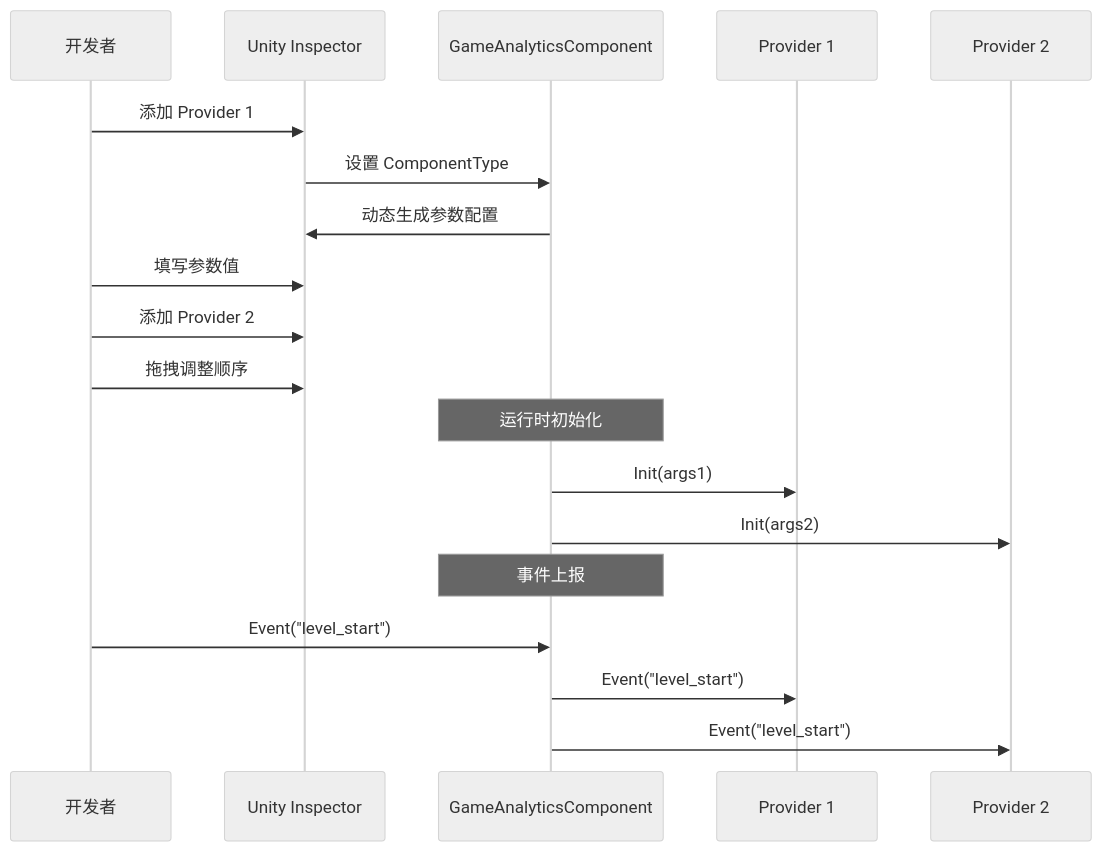
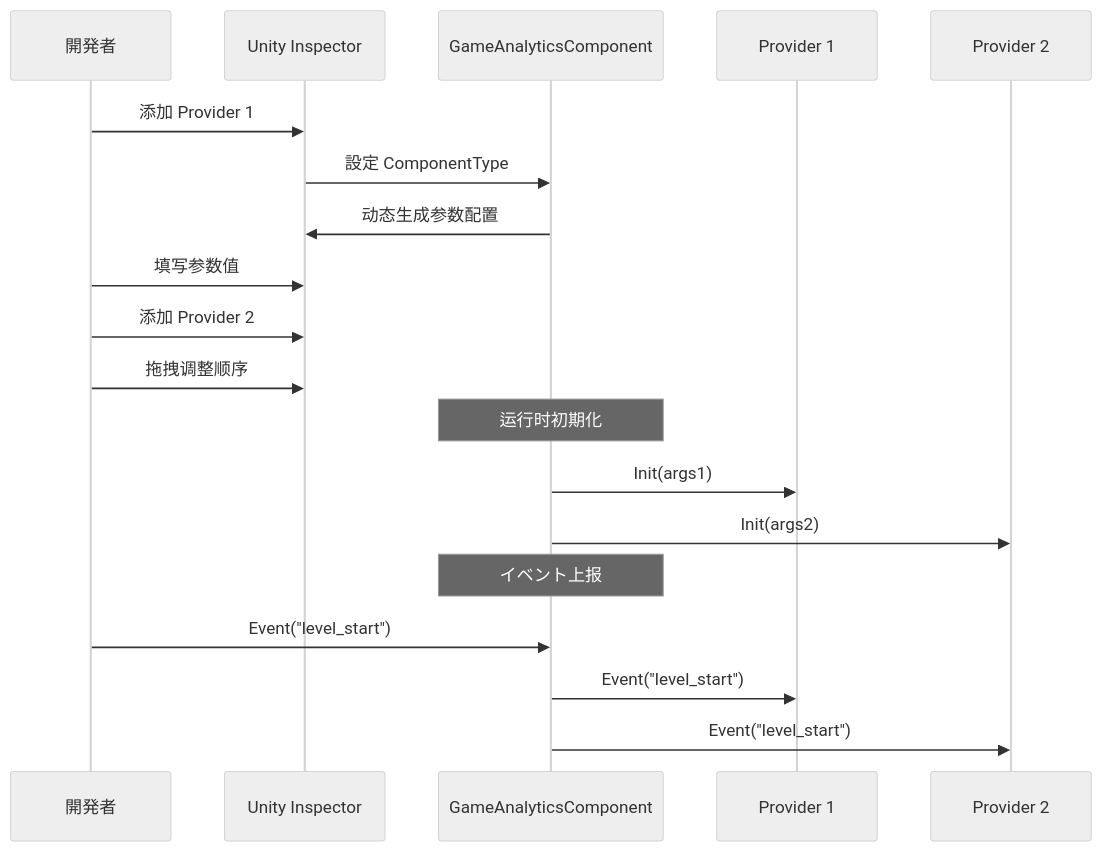
The second of 2 diagrams in docs/ja/client/unity/component/gameanalytics/05.configuration.md (AlianBlank/GameFrameX.Docs), drawn with Mermaid (neutral theme) before and after one commit. The commit also changed other lines of this file and 603 other files, not shown here.

````diff
--- a/docs/ja/client/unity/component/gameanalytics/05.configuration.md
+++ b/docs/ja/client/unity/component/gameanalytics/05.configuration.md
@@ -160,24 +160,24 @@
 ```mermaid
 sequenceDiagram
-    participant User as 开发者
+    participant User as 開発者
     participant Inspector as Unity Inspector
     participant Component as GameAnalyticsComponent
     participant Provider1 as Provider 1
     participant Provider2 as Provider 2
 
     User->>Inspector: 添加 Provider 1
-    Inspector->>Component: 设置 ComponentType
+    Inspector->>Component: 設定 ComponentType
     Component->>Inspector: 动态生成参数配置
     User->>Inspector: 填写参数值
     User->>Inspector: 添加 Provider 2
     User->>Inspector: 拖拽调整顺序
     
-    Note over Component: 运行时初始化
+    Note over Component: 运行时初期化
     Component->>Provider1: Init(args1)
     Component->>Provider2: Init(args2)
     
-    Note over Component: 事件上报
+    Note over Component: イベント上报
     User->>Component: Event("level_start")
     Component->>Provider1: Event("level_start")
     Component->>Provider2: Event("level_start")
 ```
````
